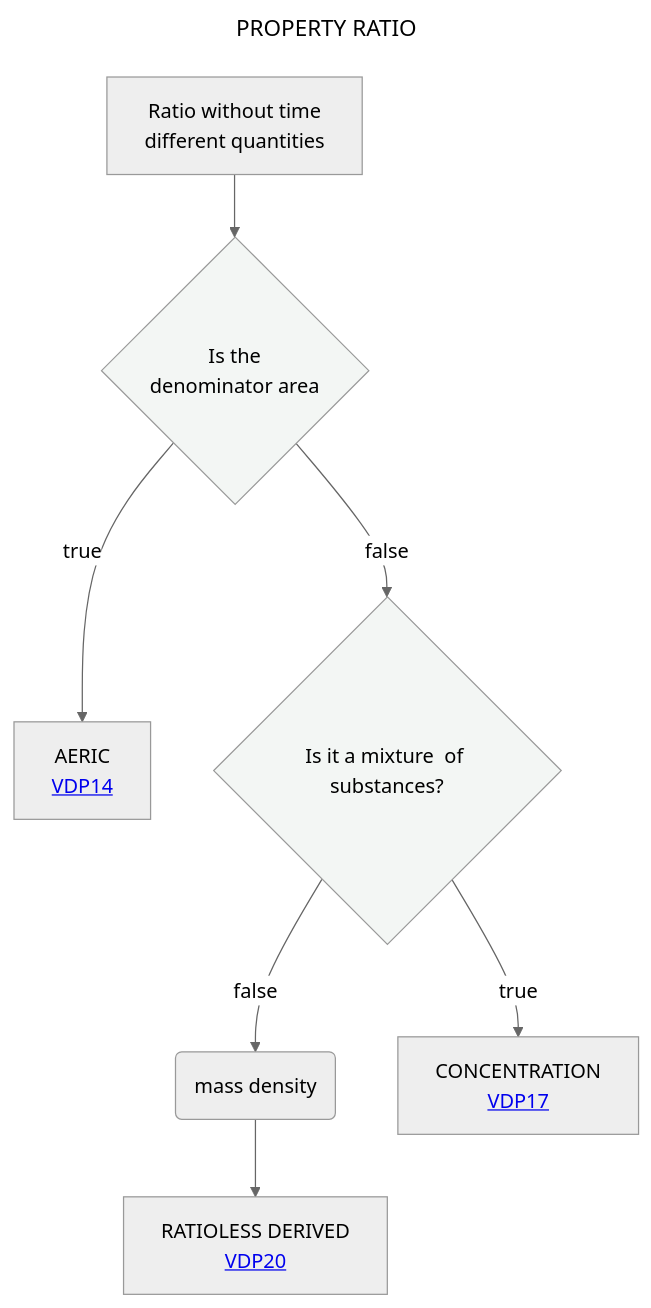
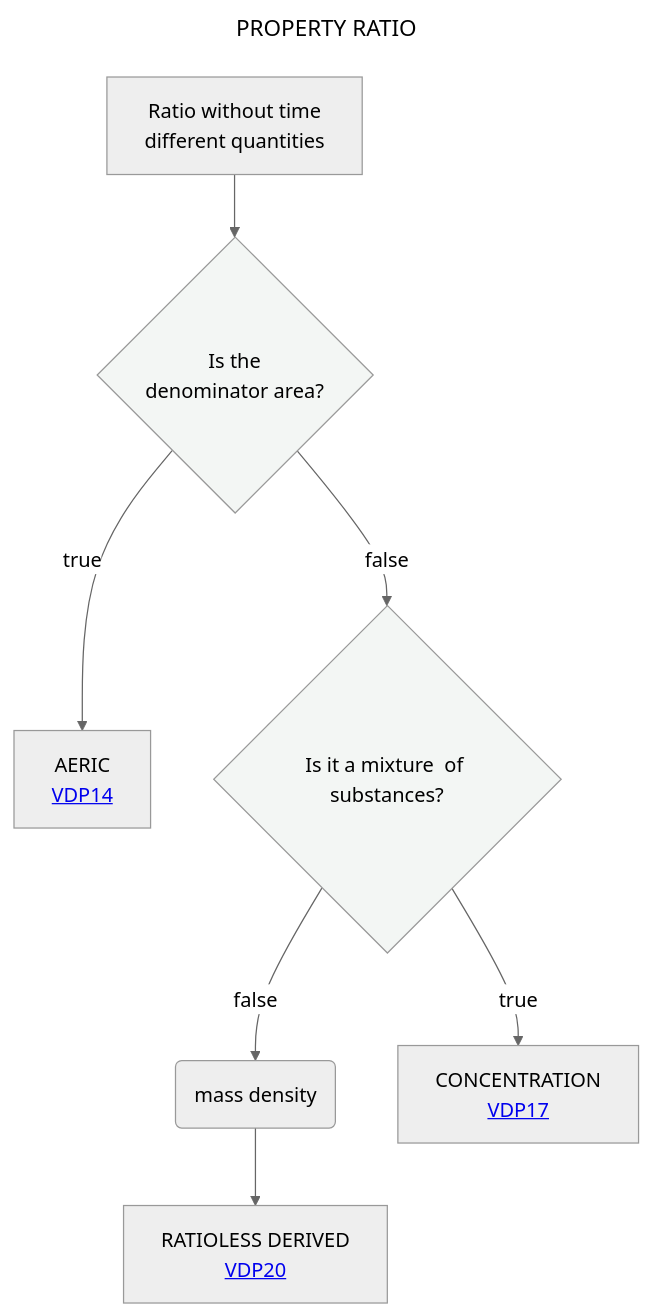
One commit to mabablue/I-ADOPT-patterns-playground changed the diagram in Decisition_trees/DT4.mmd. Above: the diagram before and after it, drawn with Mermaid (neutral theme).

```diff
--- a/Decisition_trees/DT4.mmd
+++ b/Decisition_trees/DT4.mmd
@@ -1,14 +1,14 @@
 ---
 title: PROPERTY RATIO
 ---
 flowchart TD
-    A[Ratio without time <br> different quantities] --> B{Is the <br> denominator area}:::white
+    A[Ratio without time <br> different quantities] --> B{Is the <br> denominator area?}:::white
     B --> |true|C[AERIC <br> <a href='https://github.com/mabablue/I-ADOPT-patterns-playground/blob/main/pattern/VDP14.yaml'>VDP14</a>]
     B --> |false|E{Is it a mixture <be> of substances?}:::white
     E --> |false|F(mass density)
     F --> G[RATIOLESS DERIVED <br> <a href='https://github.com/mabablue/I-ADOPT-patterns-playground/blob/main/pattern/VDP20.yaml'>VDP20</a>]
     E--> |true|H[CONCENTRATION <br> <a href='https://github.com/mabablue/I-ADOPT-patterns-playground/blob/main/pattern/VDP17.yaml'>VDP17</a>]
    classDef blue fill:#90D5FF
    classDef satblue fill:#57B9FF 
    classDef white fill:#f3f6f4
    classDef green fill:#6aa84f
```
